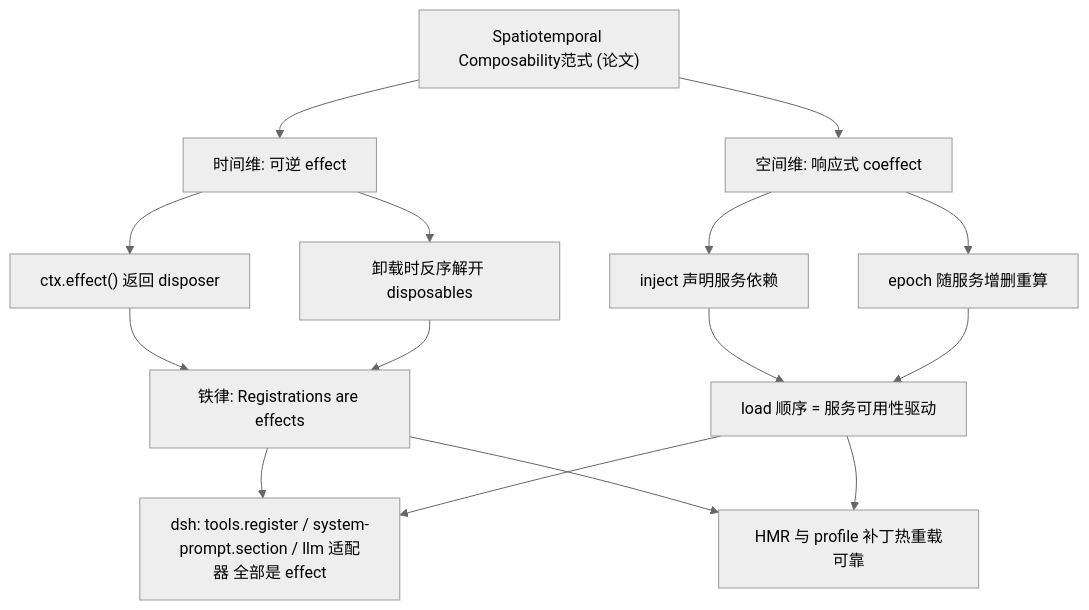
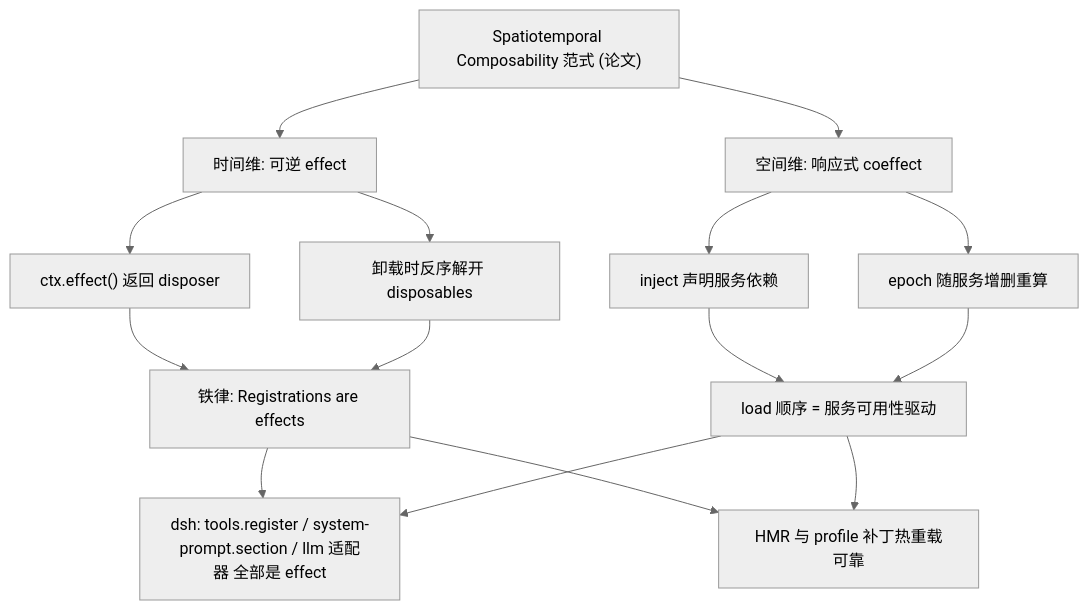
The first of 4 diagrams in Part I Principles and Usage/03-Spatiotemporal-Composability.md (xiaonancs/deepseek-harness-deep-dive), drawn with Mermaid before and after one commit. The commit also changed other lines of this file and 21 other files, not shown here.

Commit message:
Polish prose against paper PDF; fix Ch23 section/figure numbers and 总纲 part list

````diff
--- a/Part I Principles and Usage/03-Spatiotemporal-Composability.md
+++ b/Part I Principles and Usage/03-Spatiotemporal-Composability.md
@@ -42,22 +42,22 @@
 ```mermaid
 %%{init: {'theme':'neutral'}}%%
 flowchart TD
-  Paper["Spatiotemporal Composability范式 (论文)"]
+  Paper["Spatiotemporal Composability 范式 (论文)"]
   Paper --> T["时间维: 可逆 effect"]
   Paper --> S["空间维: 响应式 coeffect"]
 
   T --> E1["ctx.effect() 返回 disposer"]
   T --> E2["卸载时反序解开 disposables"]
   S --> C1["inject 声明服务依赖"]
   S --> C2["epoch 随服务增删重算"]
 
   E1 --> R1["铁律: Registrations are effects"]
   E2 --> R1
   C1 --> R2["load 顺序 = 服务可用性驱动"]
   C2 --> R2
 
   R1 --> DSH["dsh: tools.register / system-prompt.section / llm 适配器 全部是 effect"]
   R2 --> DSH
   R1 --> HMR["HMR 与 profile 补丁热重载可靠"]
   R2 --> HMR
 ```
````
